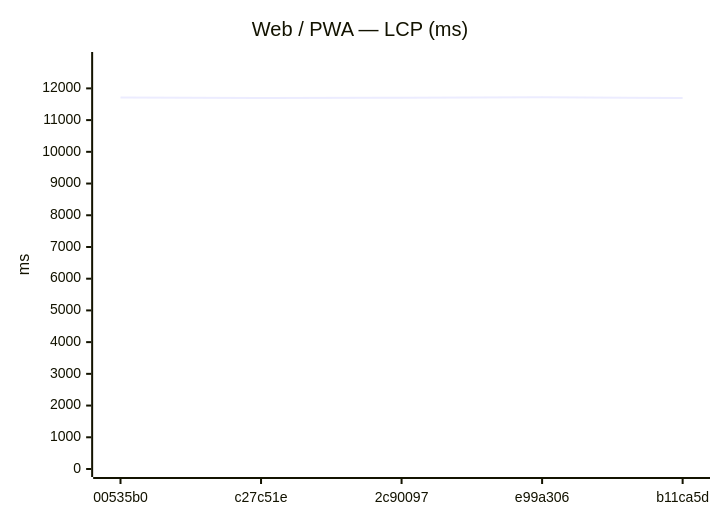
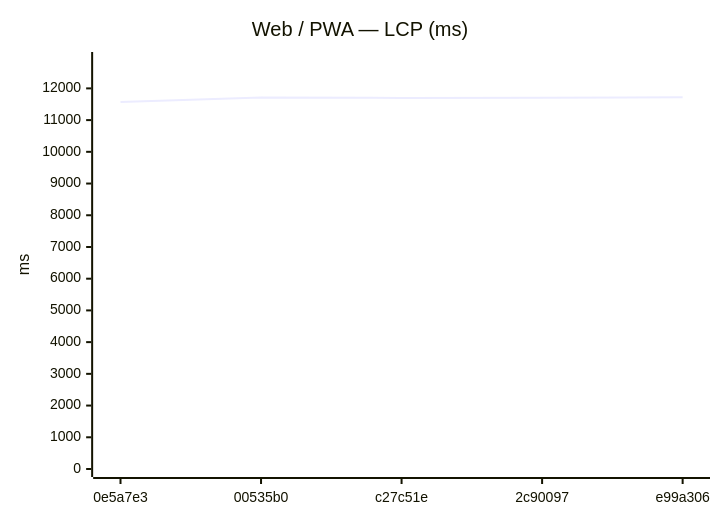
One commit to Metaheurist/Rianell changed the ninth of 24 diagrams in benchmarks/compare.md. Above: the diagram before and after it, drawn with Mermaid. The commit also changed other lines of this file and 12 other files, not shown here.

````diff
--- a/benchmarks/compare.md
+++ b/benchmarks/compare.md
@@ -124,7 +128,7 @@
 ```mermaid
 xychart-beta
     title "Web / PWA — LCP (ms)"
-    x-axis ["00535b0", "c27c51e", "2c90097", "e99a306", "b11ca5d"]
+    x-axis ["0e5a7e3", "00535b0", "c27c51e", "2c90097", "e99a306"]
     y-axis "ms" 0 --> 12895
-    line [11711, 11699, 11703, 11722, 11697]
+    line [11571, 11711, 11699, 11703, 11722]
 ```
````
